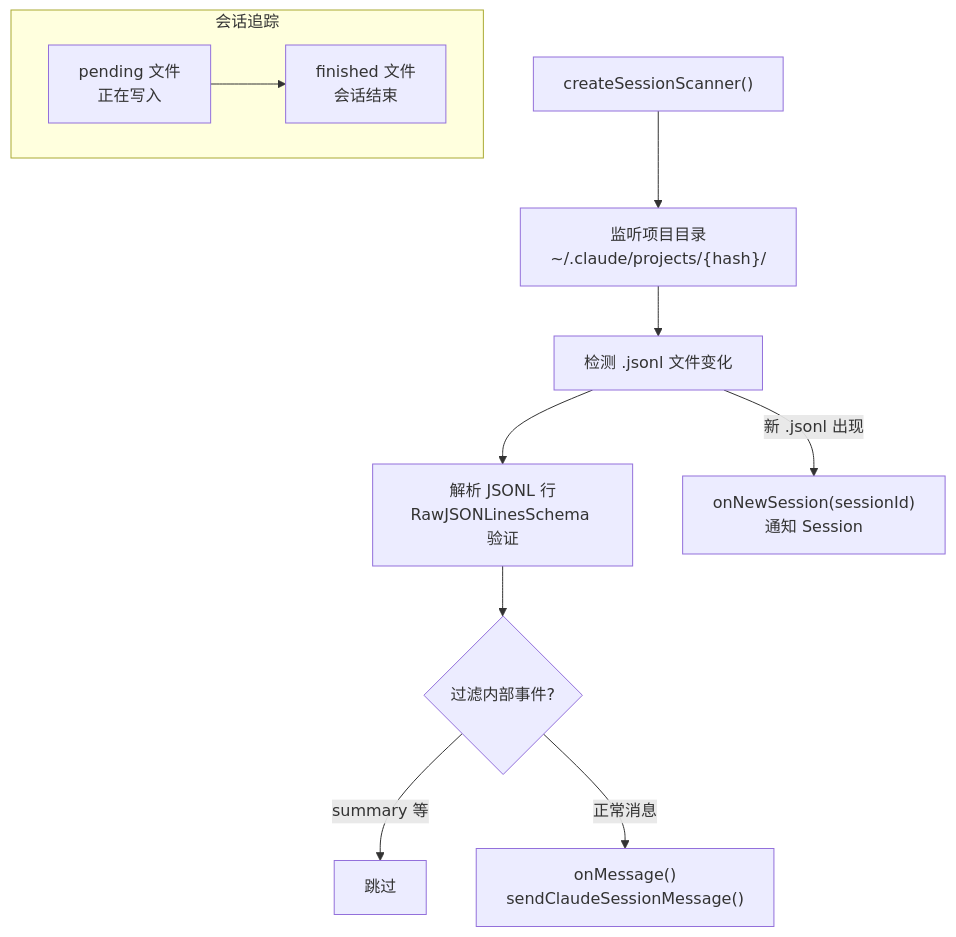
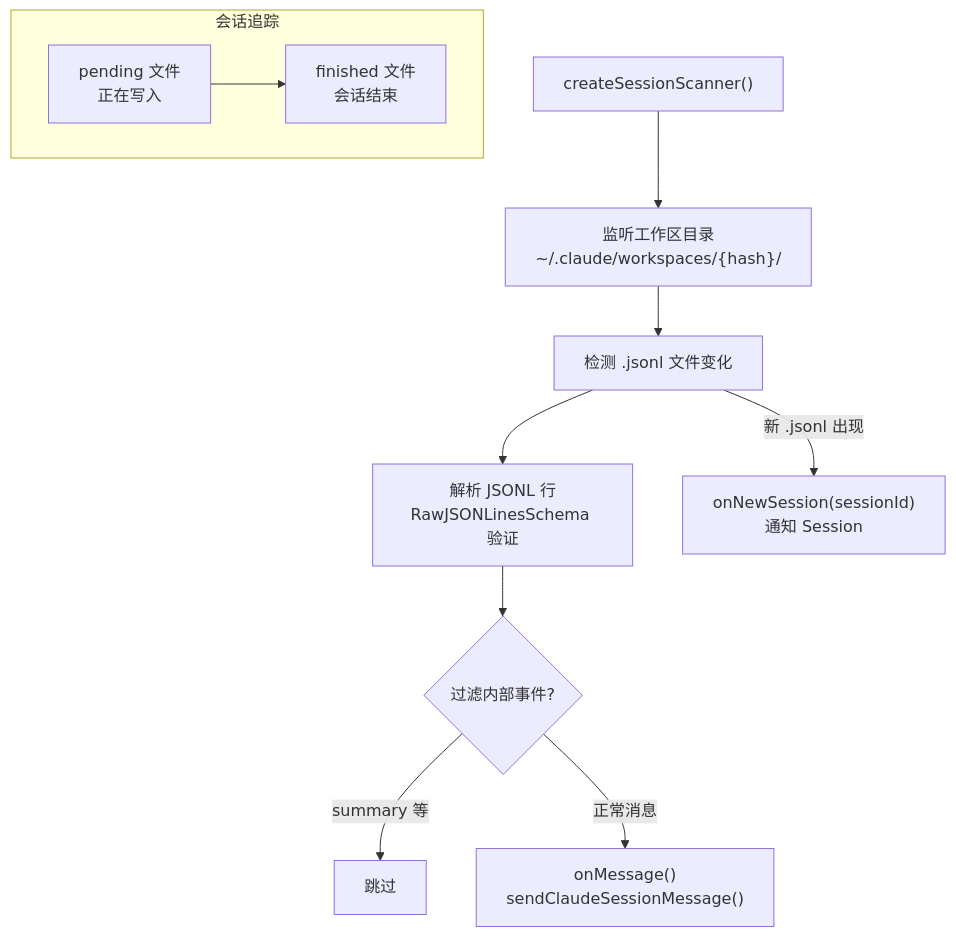
Before and after one commit to ModuBit/mobi: the fifth of 5 diagrams in docs/architecture/cli/commands/claude/local-mode.md, drawn with Mermaid. The commit also changed other lines of this file and 188 other files, not shown here.

````diff
--- a/docs/architecture/cli/commands/claude/local-mode.md
+++ b/docs/architecture/cli/commands/claude/local-mode.md
@@ -146,15 +146,15 @@
 ```mermaid
 flowchart TB
-    Start["createSessionScanner()"] --> Watch["监听项目目录<br/>~/.claude/projects/{hash}/"]
+    Start["createSessionScanner()"] --> Watch["监听工作区目录<br/>~/.claude/workspaces/{hash}/"]
     Watch --> Detect["检测 .jsonl 文件变化"]
     Detect --> Parse["解析 JSONL 行<br/>RawJSONLinesSchema 验证"]
     Parse --> Filter{"过滤内部事件?"}
     Filter -->|"summary 等"| Skip["跳过"]
     Filter -->|"正常消息"| Forward["onMessage()<br/>sendClaudeSessionMessage()"]
 
     subgraph SessionTracking["会话追踪"]
         Pending["pending 文件<br/>正在写入"] --> Finished["finished 文件<br/>会话结束"]
     end
 
     Detect -->|"新 .jsonl 出现"| SessionFound["onNewSession(sessionId)<br/>通知 Session"]
 ```
````
